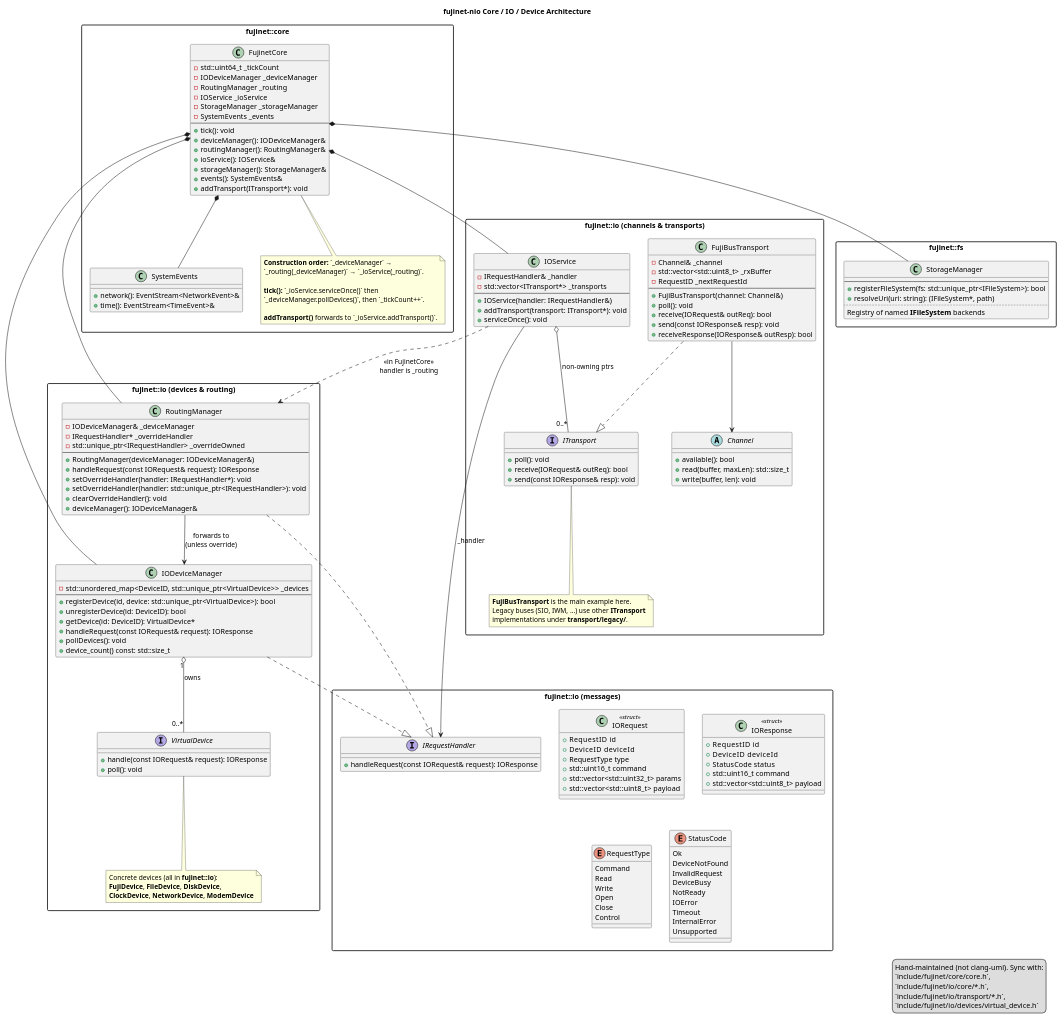
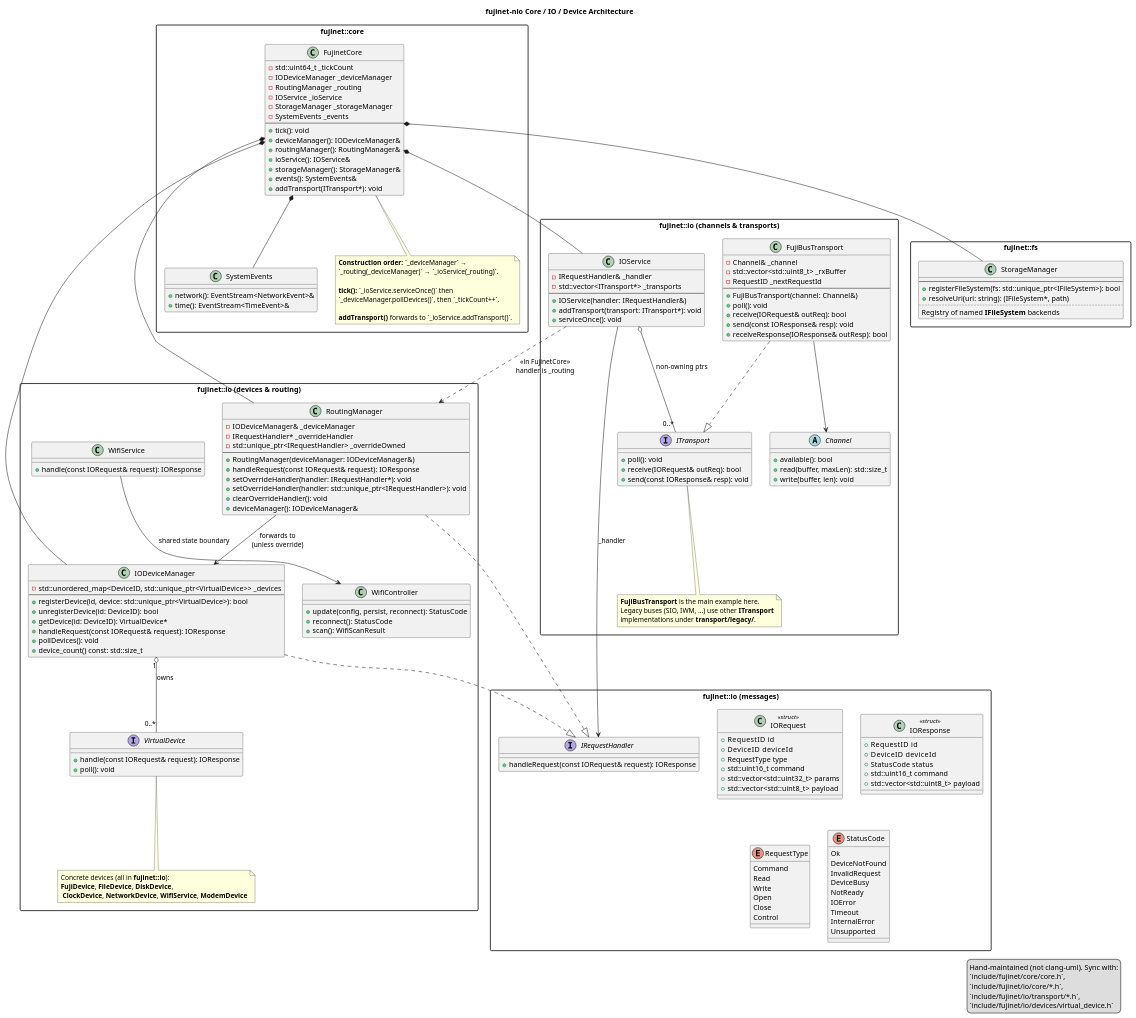
One commit to markjfisher/fujinet-nio changed the diagram in docs/uml/arch_core_io.puml. Above: the diagram before and after it, drawn with PlantUML. The commit also changed 26 other files, not shown here.

```diff
--- a/docs/uml/arch_core_io.puml
+++ b/docs/uml/arch_core_io.puml
@@ -69,7 +69,7 @@
     note bottom of VirtualDevice
         Concrete devices (all in **fujinet::io**):
         **FujiDevice**, **FileDevice**, **DiskDevice**,
-        **ClockDevice**, **NetworkDevice**, **ModemDevice**
+         **ClockDevice**, **NetworkDevice**, **WifiService**, **ModemDevice**
     end note
 
     class IODeviceManager {
@@ -100,6 +100,16 @@
     RoutingManager ..|> IRequestHandler
     RoutingManager --> IODeviceManager : forwards to\n(unless override)
     IODeviceManager "1" o-- "0..*" VirtualDevice : owns
+
+    class WifiService {
+        + handle(const IORequest& request): IOResponse
+    }
+    class WifiController {
+        + update(config, persist, reconnect): StatusCode
+        + reconnect(): StatusCode
+        + scan(): WifiScanResult
+    }
+    WifiService --> WifiController : shared state boundary
 }
 
 ' ========= Channels & transports =========
```
